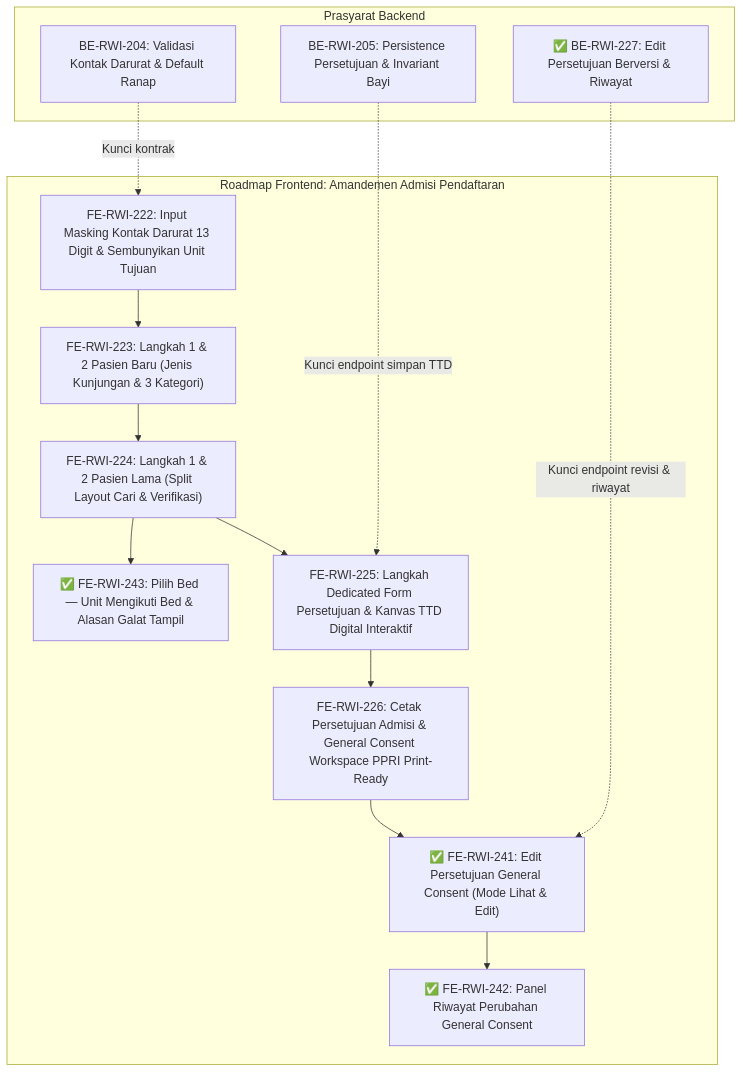
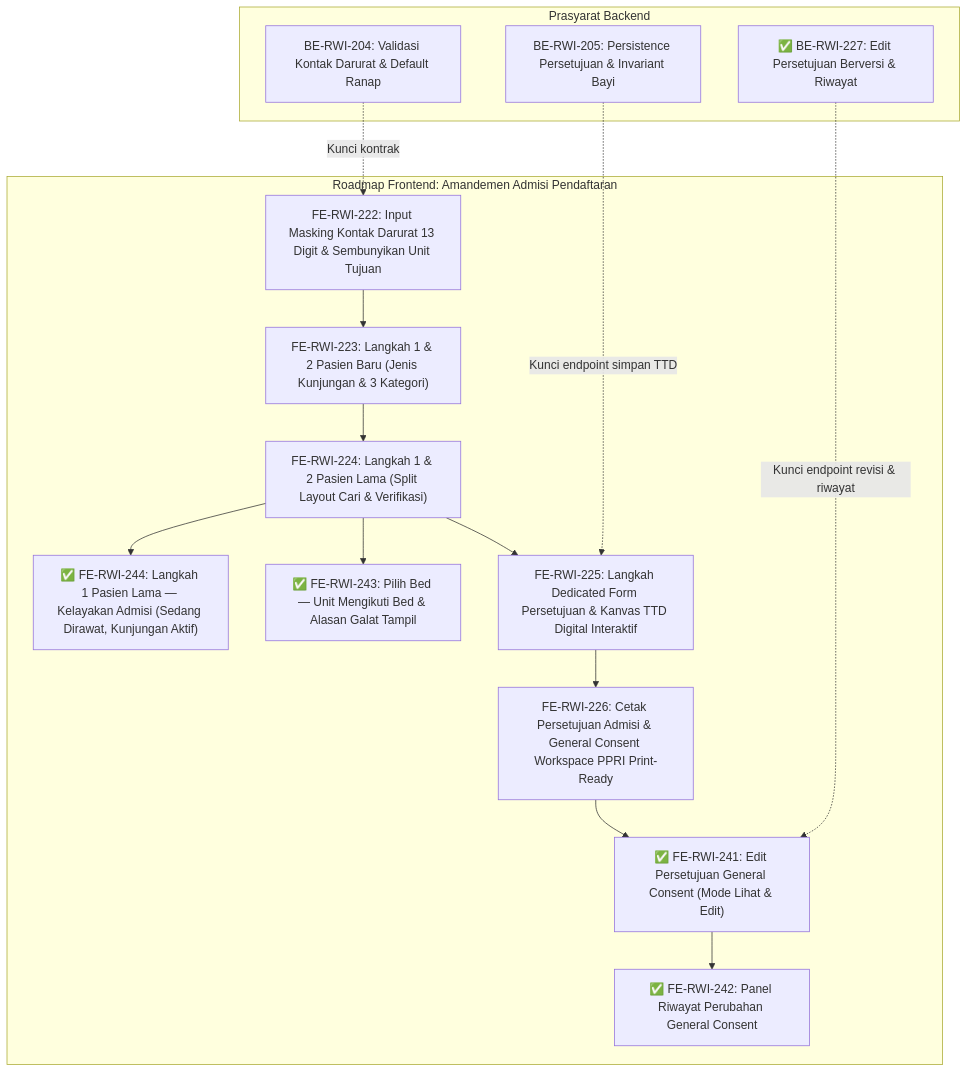
One commit to DevBenari/NewQuilvianSystemBackend changed the diagram in docs/module-blueprints/rawat-inap/episode-rawat-inap/roadmap/frontend-roadmap-admisi-pendaftaran.md. Above: the diagram before and after it, drawn with Mermaid. The commit also changed other lines of this file and 21 other files, not shown here.

````diff
--- a/docs/module-blueprints/rawat-inap/episode-rawat-inap/roadmap/frontend-roadmap-admisi-pendaftaran.md
+++ b/docs/module-blueprints/rawat-inap/episode-rawat-inap/roadmap/frontend-roadmap-admisi-pendaftaran.md
@@ -32,31 +32,33 @@
 ```mermaid
 flowchart TD
     subgraph backendPrereq[Prasyarat Backend]
         BE204["BE-RWI-204: Validasi Kontak Darurat & Default Ranap"]
         BE205["BE-RWI-205: Persistence Persetujuan & Invariant Bayi"]
         BE227["✅ BE-RWI-227: Edit Persetujuan Berversi & Riwayat"]
     end
 
     subgraph frontend[Roadmap Frontend: Amandemen Admisi Pendaftaran]
         FE222["FE-RWI-222: Input Masking Kontak Darurat 13 Digit & Sembunyikan Unit Tujuan"]
         FE223["FE-RWI-223: Langkah 1 & 2 Pasien Baru (Jenis Kunjungan & 3 Kategori)"]
         FE224["FE-RWI-224: Langkah 1 & 2 Pasien Lama (Split Layout Cari & Verifikasi)"]
         FE225["FE-RWI-225: Langkah Dedicated Form Persetujuan & Kanvas TTD Digital Interaktif"]
         FE226["FE-RWI-226: Cetak Persetujuan Admisi & General Consent Workspace PPRI Print-Ready"]
         FE241["✅ FE-RWI-241: Edit Persetujuan General Consent (Mode Lihat & Edit)"]
         FE242["✅ FE-RWI-242: Panel Riwayat Perubahan General Consent"]
         FE243["✅ FE-RWI-243: Pilih Bed — Unit Mengikuti Bed & Alasan Galat Tampil"]
+        FE244["✅ FE-RWI-244: Langkah 1 Pasien Lama — Kelayakan Admisi (Sedang Dirawat, Kunjungan Aktif)"]
 
         FE222 --> FE223
         FE223 --> FE224
         FE224 --> FE225
         FE225 --> FE226
         FE226 --> FE241
         FE241 --> FE242
         FE224 --> FE243
+        FE224 --> FE244
     end
 
     BE204 -.->|Kunci kontrak| FE222
     BE205 -.->|Kunci endpoint simpan TTD| FE225
     BE227 -.->|Kunci endpoint revisi & riwayat| FE241
 ```
````
